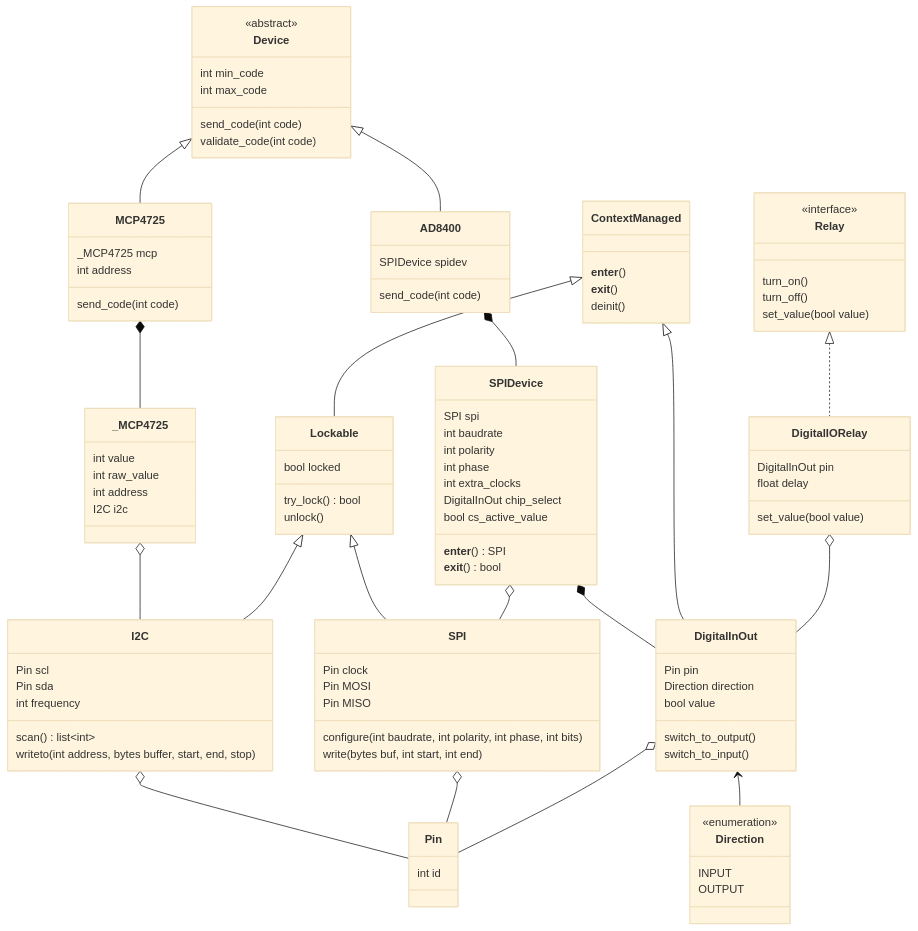
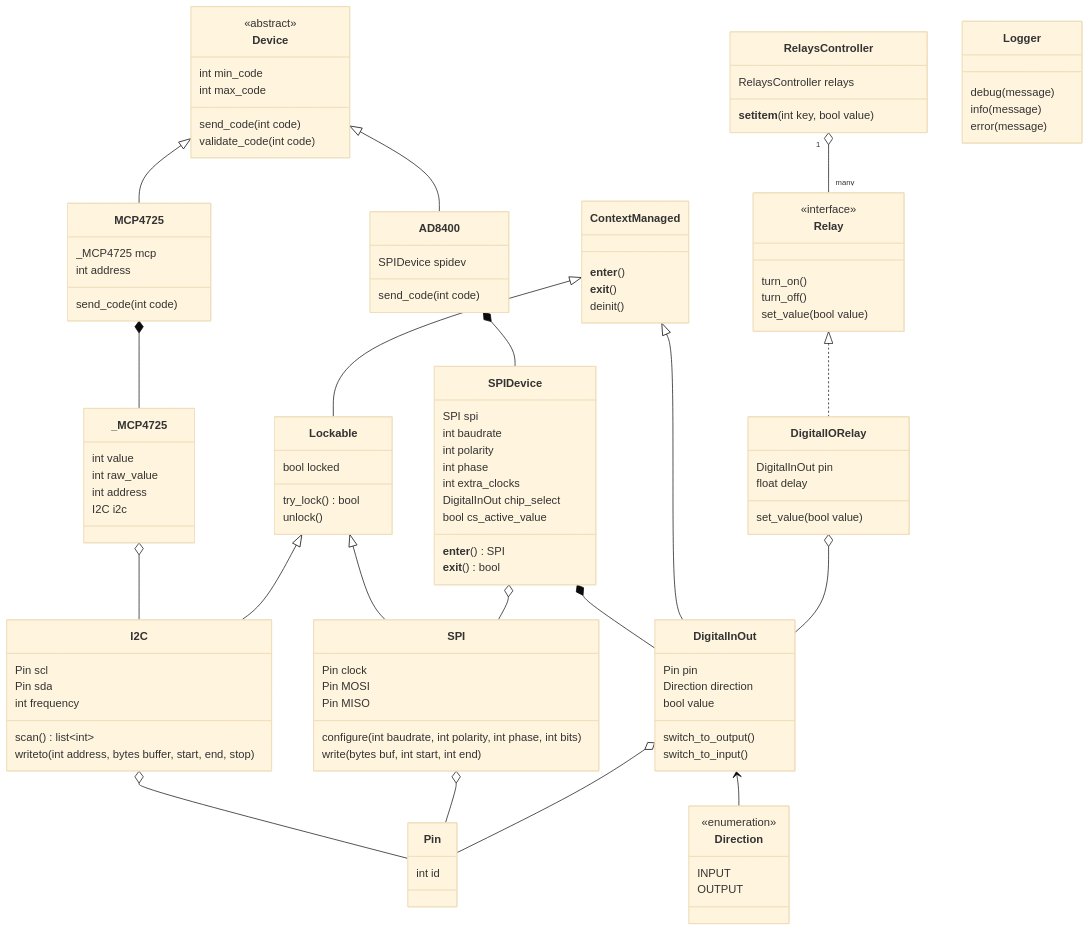
One commit to Marik28/dissertation changed the first of 6 diagrams in data/diagrams/диаграмма классов.md. Above: the diagram before and after it, drawn with Mermaid (base theme). The commit also changed other lines of this file and 6 other files, not shown here.

Commit message:
update diagrams

```diff
--- a/data/diagrams/диаграмма классов.md
+++ b/data/diagrams/диаграмма классов.md
@@ -28,6 +28,11 @@
         turn_on()
         turn_off()
         set_value(bool value)
+    }
+    
+    class RelaysController {
+        RelaysController relays
+        __setitem__(int key, bool value)
     }
     
     class DigitalIORelay {
@@ -100,6 +105,12 @@
         __exit__()
         deinit() 
     }
+    
+    class Logger {
+        debug(message)
+        info(message)
+        error(message)
+    }
    
     _MCP4725 o-- I2C
     Lockable <|-- I2C
@@ -115,6 +126,7 @@
     MCP4725 *-- _MCP4725
     Relay <|.. DigitalIORelay
     DigitalIORelay o-- DigitalInOut
+    RelaysController "1" o-- "many" Relay
     I2C o-- Pin
     SPI o-- Pin
     DigitalInOut o-- Pin
```
